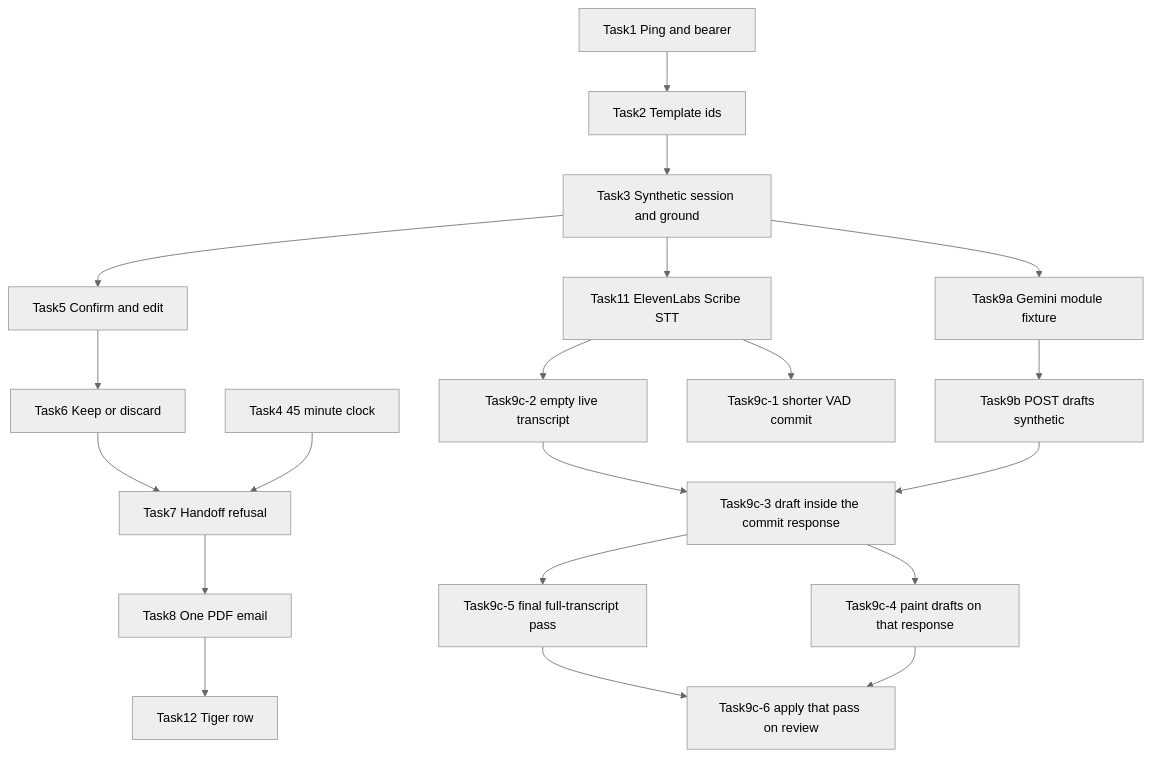
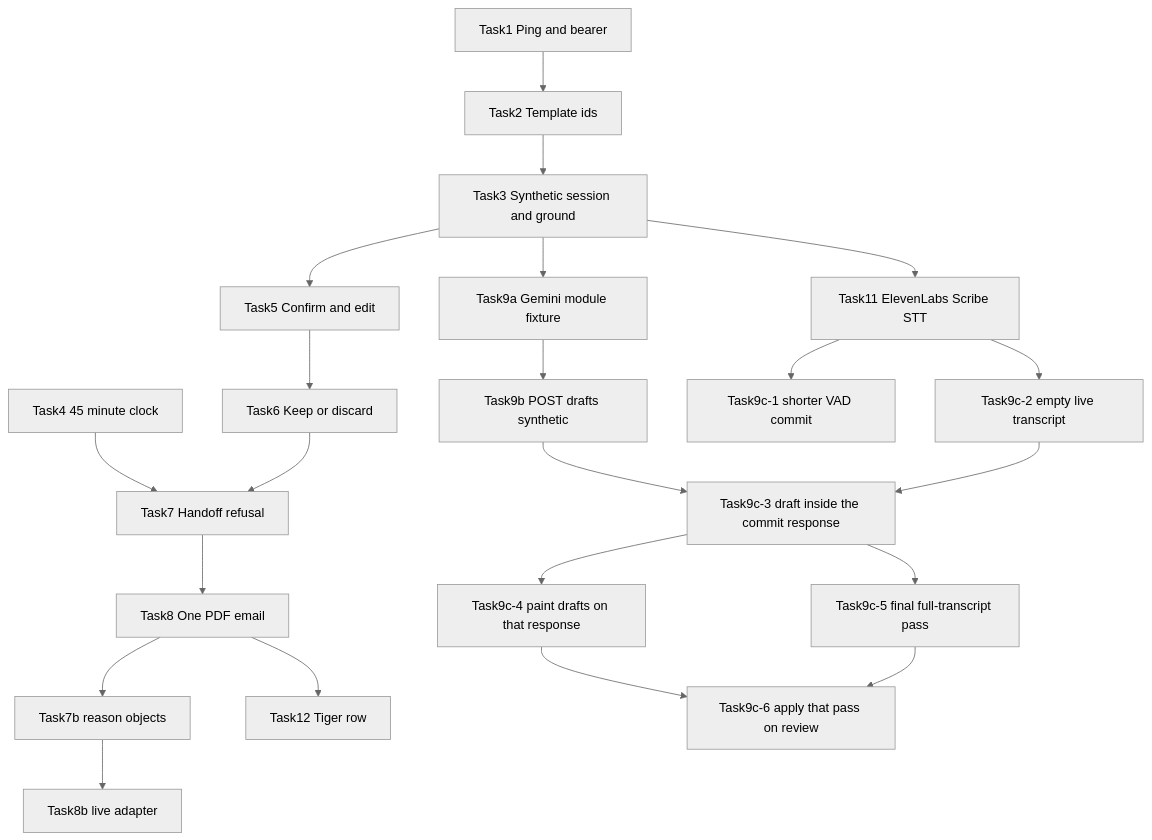
The second of 2 diagrams in tasks/plan.md (BrianMF7/HackNight), drawn with Mermaid (neutral theme) before and after one commit. The commit also changed other lines of this file and 5 other files, not shown here.

Commit message:
Updated refusal reason structure and handoff api.

````diff
--- a/tasks/plan.md
+++ b/tasks/plan.md
@@ -75,32 +75,33 @@
 ```mermaid
 flowchart TD
   ping[Task1 Ping and bearer]
   template[Task2 Template ids]
   session[Task3 Synthetic session and ground]
   clock[Task4 45 minute clock]
   confirm[Task5 Confirm and edit]
   choice[Task6 Keep or discard]
   gate[Task7 Handoff refusal]
   send[Task8 One PDF email]
   geminiCore[Task9a Gemini module fixture]
   geminiRoute[Task9b POST drafts synthetic]
   scribe[Task11 ElevenLabs Scribe STT]
   vad[Task9c-1 shorter VAD commit]
   liveSession[Task9c-2 empty live transcript]
   geminiLive[Task9c-3 draft inside the commit response]
   paint[Task9c-4 paint drafts on that response]
   finalPass[Task9c-5 final full-transcript pass]
   finalPaint[Task9c-6 apply that pass on review]
   tiger[Task12 Tiger row]
   ping --> template --> session
   session --> confirm --> choice --> gate
   clock --> gate
   gate --> send
   session --> geminiCore --> geminiRoute
   session --> scribe --> vad
   scribe --> liveSession --> geminiLive --> paint
   geminiRoute --> geminiLive
   geminiLive --> finalPass --> finalPaint
   paint --> finalPaint
+  send --> reasons[Task7b reason objects] --> liveHandoff[Task8b live adapter]
   send --> tiger
 ```
````
